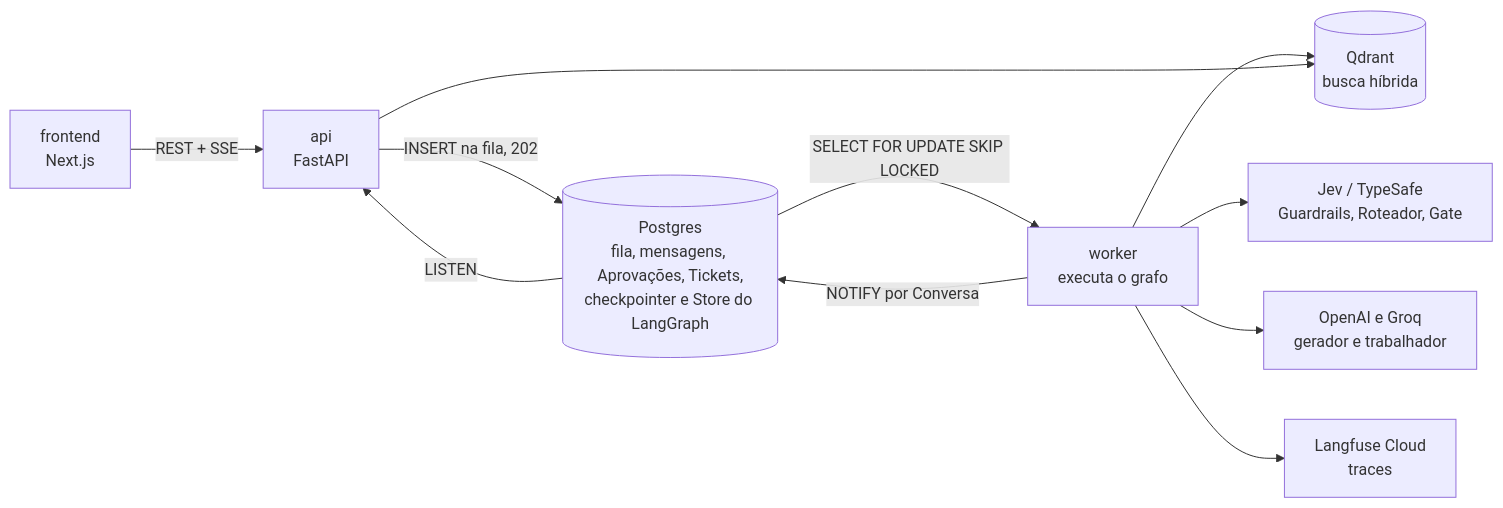
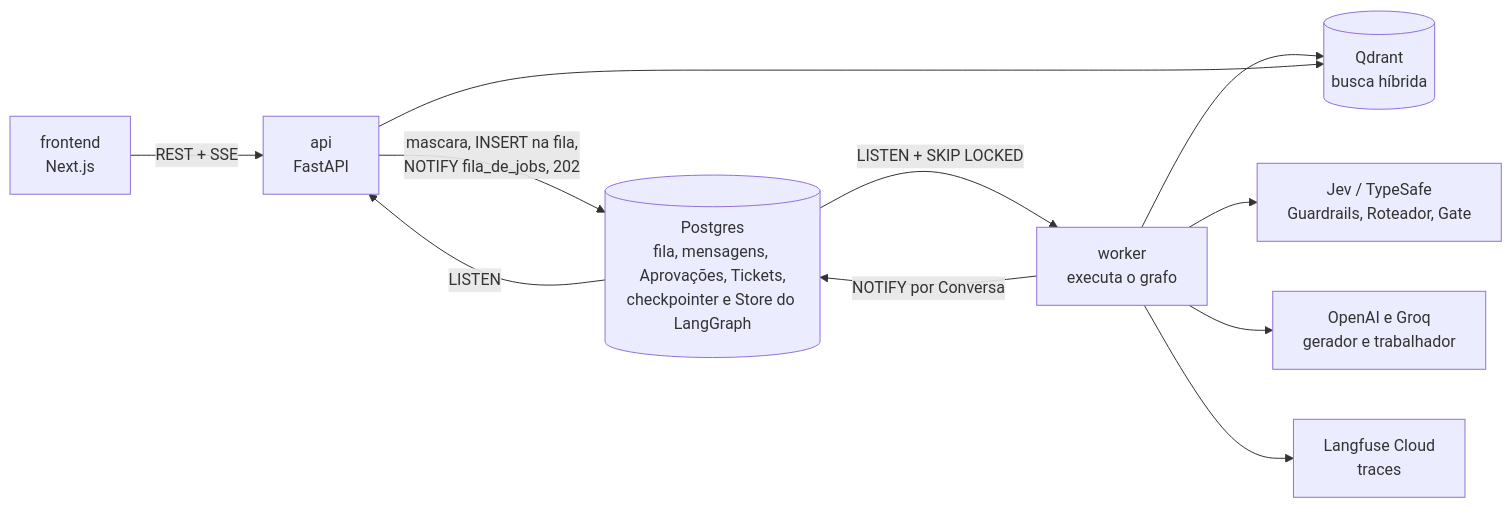
The second of 2 diagrams in README.md (Phb29/faisca-agente-ia), drawn with Mermaid before and after one commit. The commit also changed other lines of this file and 184 other files, not shown here.

````diff
--- a/README.md
+++ b/README.md
@@ -32,13 +33,13 @@
 ```mermaid
 flowchart LR
     FE[frontend<br/>Next.js] -- REST + SSE --> API[api<br/>FastAPI]
-    API -- INSERT na fila, 202 --> PG[(Postgres<br/>fila, mensagens, Aprovações, Tickets,<br/>checkpointer e Store do LangGraph)]
-    PG -- SELECT FOR UPDATE SKIP LOCKED --> WK[worker<br/>executa o grafo]
+    API -- mascara, INSERT na fila,<br/>NOTIFY fila_de_jobs, 202 --> PG[(Postgres<br/>fila, mensagens, Aprovações, Tickets,<br/>checkpointer e Store do LangGraph)]
+    PG -- LISTEN + SKIP LOCKED --> WK[worker<br/>executa o grafo]
     WK -- NOTIFY por Conversa --> PG
     PG -- LISTEN --> API
     WK --> QD[(Qdrant<br/>busca híbrida)]
     WK --> JEV[Jev / TypeSafe<br/>Guardrails, Roteador, Gate]
     WK --> LLM[OpenAI e Groq<br/>gerador e trabalhador]
     WK --> LF[Langfuse Cloud<br/>traces]
     API --> QD
 ```
````
